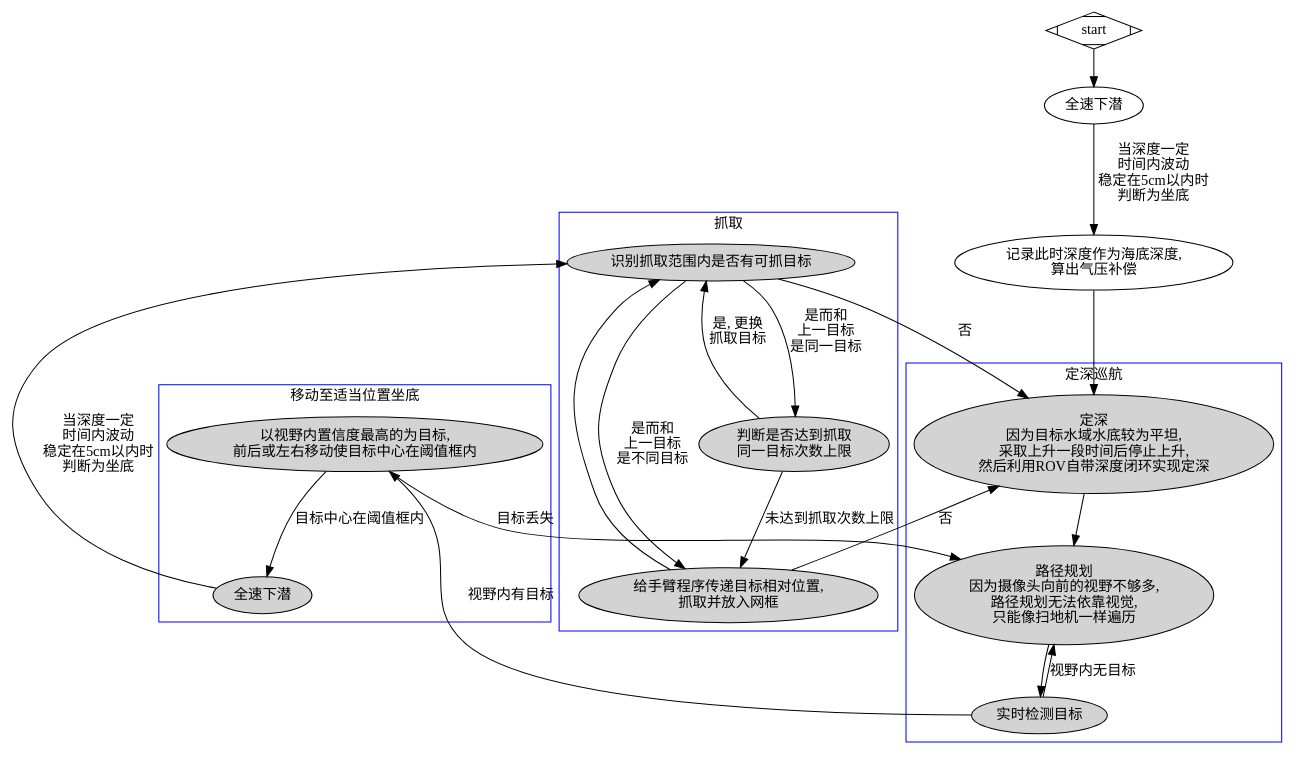
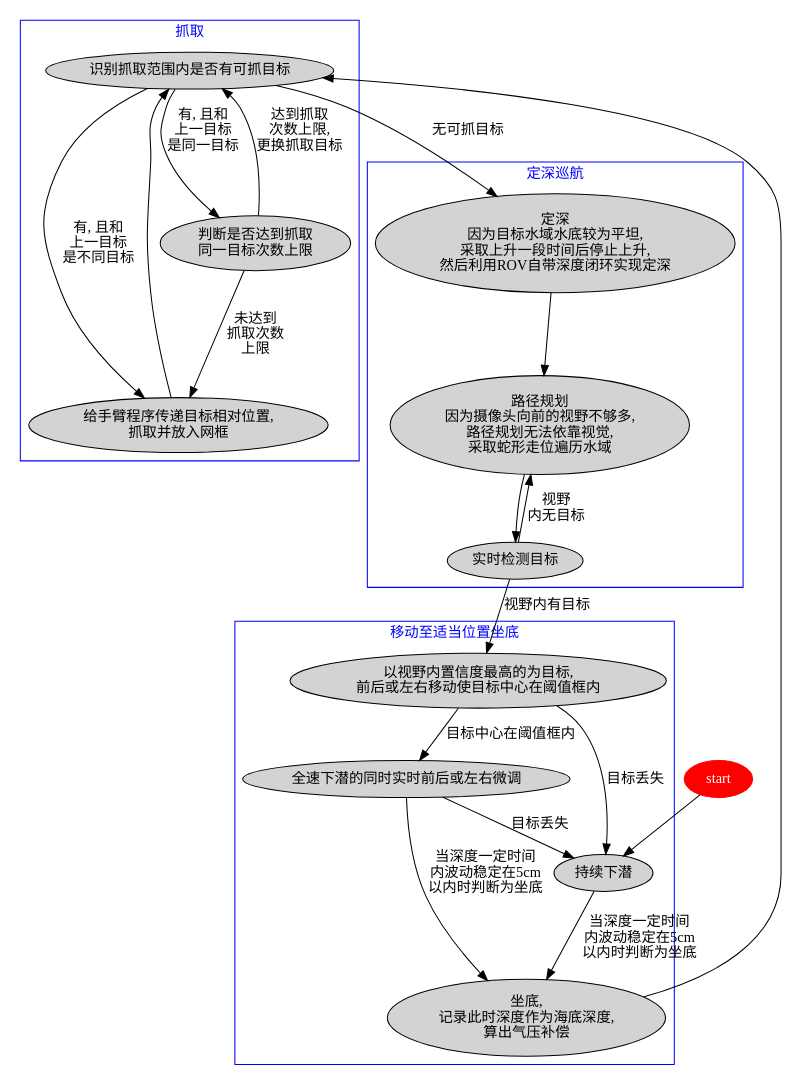
The diagram in 抓取流程.dot (LeoJhonSong/Soft-Robotic-ROV), drawn with Graphviz before and after one commit. The commit also changed 5 other files, not shown here.

```diff
--- a/抓取流程.dot
+++ b/抓取流程.dot
@@ -1,47 +1,50 @@
 digraph G {
 
   subgraph cluster_0 {
     node [style=filled;]
-    a[label="全速下潜"]
+    x[label="持续下潜"]
+    x -> a[label="当深度一定时间\n内波动稳定在5cm\n以内时判断为坐底"]
+    a[label="坐底,\n记录此时深度作为海底深度,\n算出气压补偿"]
     b[label="以视野内置信度最高的为目标,\n前后或左右移动使目标中心在阈值框内"]
-    b -> a[label="目标中心在阈值框内"]
+    b -> x[label="目标丢失"]
+    y -> x[label="目标丢失"]
+    y[label="全速下潜的同时实时前后或左右微调"]
+    b -> y[label="目标中心在阈值框内"]
+    y -> a[label="当深度一定时间\n内波动稳定在5cm\n以内时判断为坐底"]
+    fontcolor = "blue"
     label = "移动至适当位置坐底";
     color=blue
   }
   subgraph cluster_1 {
     node [style=filled]
-    c[label="路径规划\n因为摄像头向前的视野不够多,\n路径规划无法依靠视觉,\n只能像扫地机一样遍历"]
+    c[label="路径规划\n因为摄像头向前的视野不够多,\n路径规划无法依靠视觉,\n采取蛇形走位遍历水域"]
     d[label="定深\n因为目标水域水底较为平坦,\n采取上升一段时间后停止上升,\n然后利用ROV自带深度闭环实现定深"]
     d -> c
     l[label="实时检测目标"]
-    l -> c[label="视野内无目标"]
+    l -> c[label="视野\n内无目标"]
     c -> l
     l -> b[label="视野内有目标"]
-    b -> c[label="目标丢失"]
+    fontcolor = "blue"
     label = "定深巡航";
     color=blue
   }
   subgraph cluster_2 {
     node [style=filled];
-    a -> f[label="当深度一定\n时间内波动\n稳定在5cm以内时\n判断为坐底"]
-    f -> e[label="是而和\n上一目标\n是不同目标"]
+    a -> f
+    f -> e[label="有, 且和\n上一目标\n是不同目标"]
     e[label="给手臂程序传递目标相对位置,\n抓取并放入网框"]
     f[label="识别抓取范围内是否有可抓目标"]
     i[label="判断是否达到抓取\n同一目标次数上限"]
-    f -> i[label="是而和\n上一目标\n是同一目标"]
+    f -> i[label="有, 且和\n上一目标\n是同一目标"]
     e-> f
-    i -> e[label="未达到抓取次数上限"]
-    i -> f[label="是, 更换\n抓取目标"]
-    label = "抓取";
+    i -> e[label="未达到\n抓取次数\n上限"]
+    i -> f[label="达到抓取\n次数上限,\n更换抓取目标"]
+    fontcolor = "blue"
+    label = "抓取"
     color=blue
   }
-  start -> g
-  g[label="全速下潜"]
-  g -> h[label="当深度一定\n时间内波动\n稳定在5cm以内时\n判断为坐底"]
-  h[label="记录此时深度作为海底深度,\n算出气压补偿"]
-  h -> d
-  f -> d[label="否"]
-  e -> d[label="否"]
+  start -> x
+  f -> d[label="无可抓目标"]
 
-  start [shape=Mdiamond];
+  start [style="filled"; color="red"; fontcolor="white";];
 }
```
